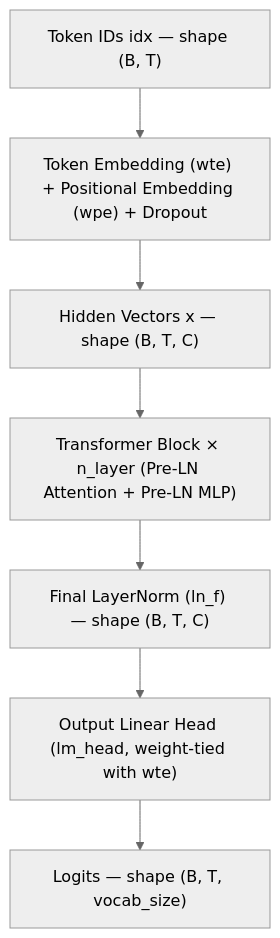
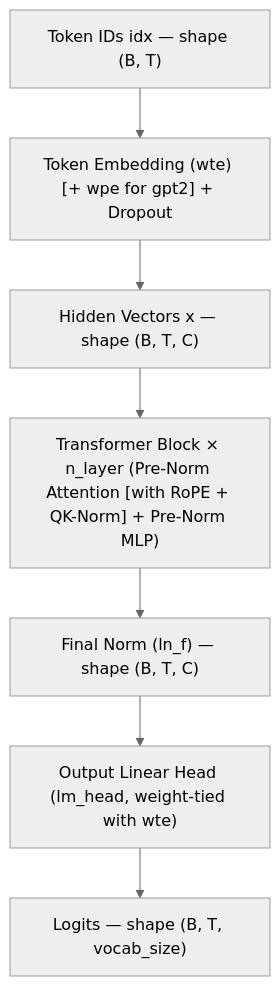
The second of 3 diagrams in docs/concepts.md (NewGuy012/chat-shakespeare), drawn with Mermaid (neutral theme) before and after one commit. The commit also changed other lines of this file and 1 other file, not shown here.

````diff
--- a/docs/concepts.md
+++ b/docs/concepts.md
@@ -141,9 +149,9 @@
 ```mermaid
 flowchart TD
-    IN["Token IDs idx — shape (B, T)"] --> EMB["Token Embedding (wte) + Positional Embedding (wpe) + Dropout"]
+    IN["Token IDs idx — shape (B, T)"] --> EMB["Token Embedding (wte) [+ wpe for gpt2] + Dropout"]
     EMB --> X0["Hidden Vectors x — shape (B, T, C)"]
-    X0 --> BLK["Transformer Block × n_layer (Pre-LN Attention + Pre-LN MLP)"]
-    BLK --> LNF["Final LayerNorm (ln_f) — shape (B, T, C)"]
+    X0 --> BLK["Transformer Block × n_layer (Pre-Norm Attention [with RoPE + QK-Norm] + Pre-Norm MLP)"]
+    BLK --> LNF["Final Norm (ln_f) — shape (B, T, C)"]
     LNF --> HEAD["Output Linear Head (lm_head, weight-tied with wte)"]
     HEAD --> LOGITS["Logits — shape (B, T, vocab_size)"]
 ```
````
